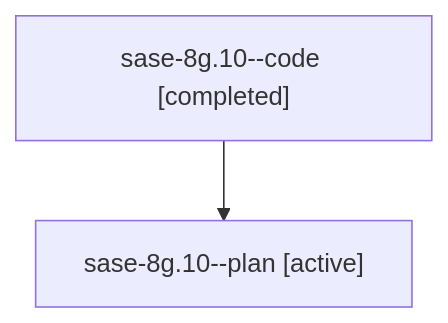
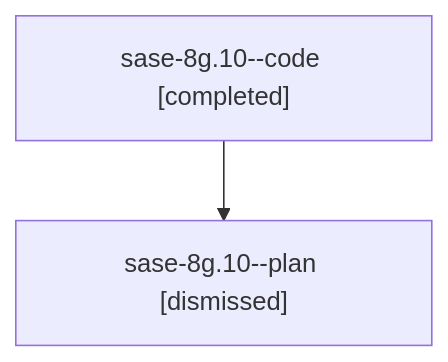
One commit to sase-org/sase--agents changed the diagram in sessions/bbugyi200.athena.sase-8g.10.md. Above: the diagram before and after it, drawn with Mermaid. The commit also changed other lines of this file and 100 other files, not shown here.

````diff
--- a/sessions/bbugyi200.athena.sase-8g.10.md
+++ b/sessions/bbugyi200.athena.sase-8g.10.md
@@ -9,6 +9,6 @@
 ```mermaid
 flowchart TD
   n0["sase-8g.10--code [completed]"]
-  n1["sase-8g.10--plan [active]"]
+  n1["sase-8g.10--plan [dismissed]"]
   n0 --> n1
 ```
````
